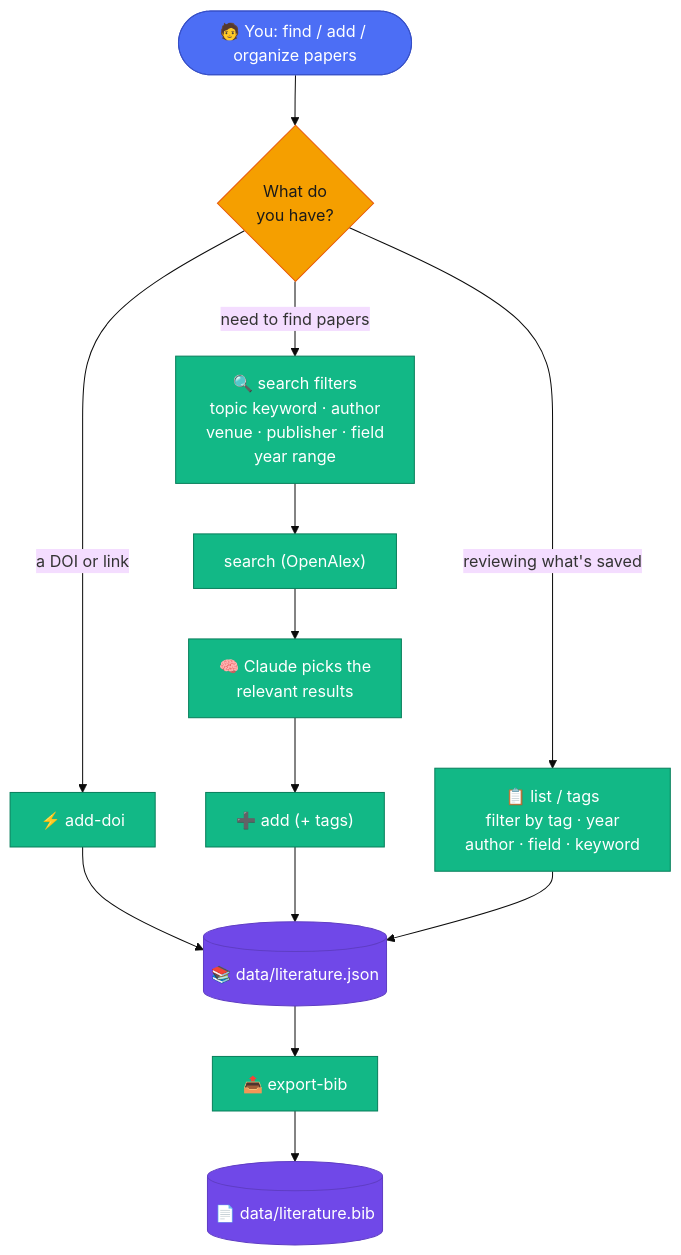
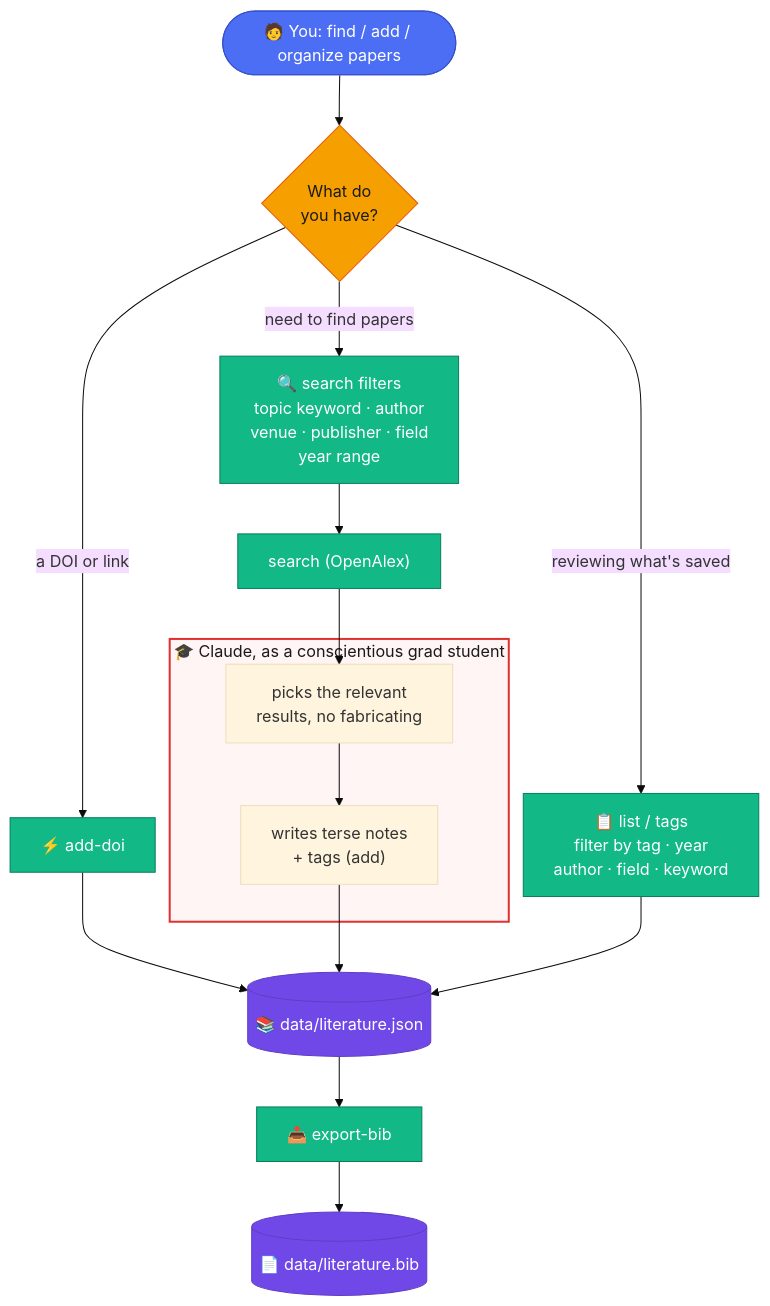
One commit to jacklin92/literature-skill changed the diagram in README.md. Above: the diagram before and after it, drawn with Mermaid (base theme). The commit also changed 1 other file, not shown here.

Commit message:
Mark the grad-student role's position in the workflow diagram
Wrapped the relevance-judgment and note-writing steps in a subgraph
("Claude, as a conscientious grad student") in both READMEs - the raw
search API call stays outside it since that step is mechanical, not a
judgment call. Rendered both diagrams via mermaid.js + a headless
Chromium screenshot before committing to check the subgraph syntax and
that the Chinese labels fit.

Claude-Session: https://claude.ai/code/session_01X3Pk8YPgQy5vXRGuWMQUVx

````diff
--- a/README.md
+++ b/README.md
@@ -19,35 +19,41 @@
 ```mermaid
 flowchart TD
     U(["🧑 You: find / add / organize papers"]) --> Q{What do<br/>you have?}
 
     Q -->|a DOI or link| AD["⚡ add-doi"]
     Q -->|need to find papers| SP["🔍 search filters
     topic keyword · author
     venue · publisher · field
     year range"]
     Q -->|reviewing what's saved| L["📋 list / tags
     filter by tag · year
     author · field · keyword"]
 
     SP --> S["search (OpenAlex)"]
-    S --> R["🧠 Claude picks the
-    relevant results"]
-    R --> AD2["➕ add (+ tags)"]
+    S --> R
+
+    subgraph ROLE["🎓 Claude, as a conscientious grad student"]
+        R["picks the relevant
+        results, no fabricating"]
+        R --> AD2["writes terse notes
+        + tags (add)"]
+    end
 
     AD --> J[("📚 data/literature.json")]
     AD2 --> J
     L --> J
 
     J --> B["📤 export-bib"]
     B --> F[("📄 data/literature.bib")]
 
     classDef input fill:#4c6ef5,stroke:#364fc7,color:#fff
     classDef action fill:#12b886,stroke:#087f5b,color:#fff
     classDef decision fill:#f59f00,stroke:#e8590c,color:#1a1a1a
     classDef store fill:#7048e8,stroke:#5f3dc4,color:#fff
 
     class U input
     class Q decision
-    class AD,SP,S,R,AD2,L,B action
+    class AD,SP,S,L,B action
     class J,F store
+    style ROLE fill:#fff5f5,stroke:#e03131,stroke-width:2px,color:#1a1a1a
 ```
````
